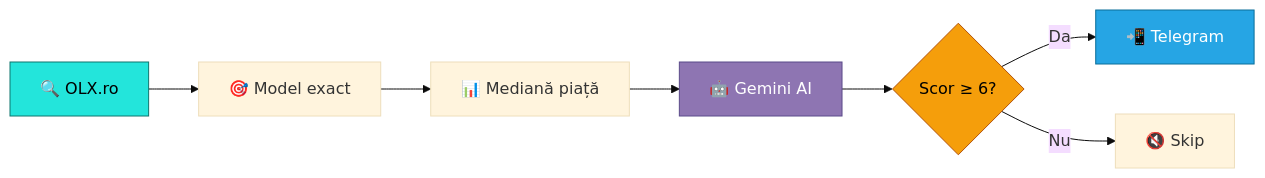
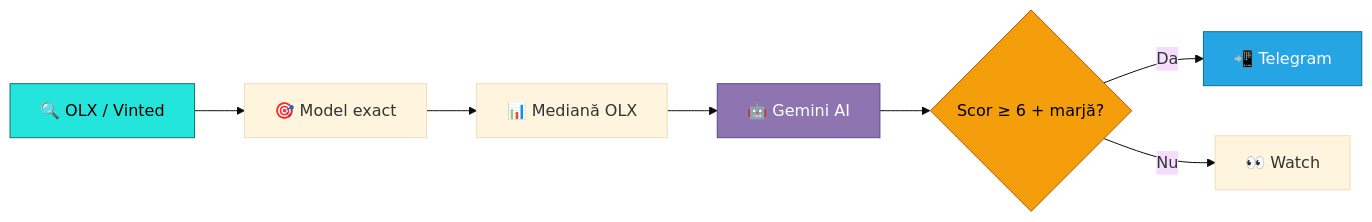
Before and after one commit to alecssdeveloper1/alecs-olx-ro: the diagram in README.md, drawn with Mermaid (base theme). The commit also changed other lines of this file and 10 other files, not shown here.

First line of the commit message:
Actualizare bot: OLX+Vinted, securitate Telegram, watch și donații

````diff
--- a/README.md
+++ b/README.md
@@ -66,13 +74,13 @@
 ```mermaid
 flowchart LR
-    A[🔍 OLX.ro] --> B[🎯 Model exact]
-    B --> C[📊 Mediană piață]
+    A[🔍 OLX / Vinted] --> B[🎯 Model exact]
+    B --> C[📊 Mediană OLX]
     C --> D[🤖 Gemini AI]
-    D --> E{Scor ≥ 6?}
+    D --> E{Scor ≥ 6 + marjă?}
     E -->|Da| F[📲 Telegram]
-    E -->|Nu| G[🔇 Skip]
+    E -->|Nu| G[👀 Watch]
     style A fill:#23E5DB,stroke:#0f766e,color:#000
     style D fill:#8E75B2,stroke:#5b4b8a,color:#fff
     style F fill:#26A5E4,stroke:#0b6e99,color:#fff
     style E fill:#f59e0b,stroke:#b45309,color:#000
 ```
````
